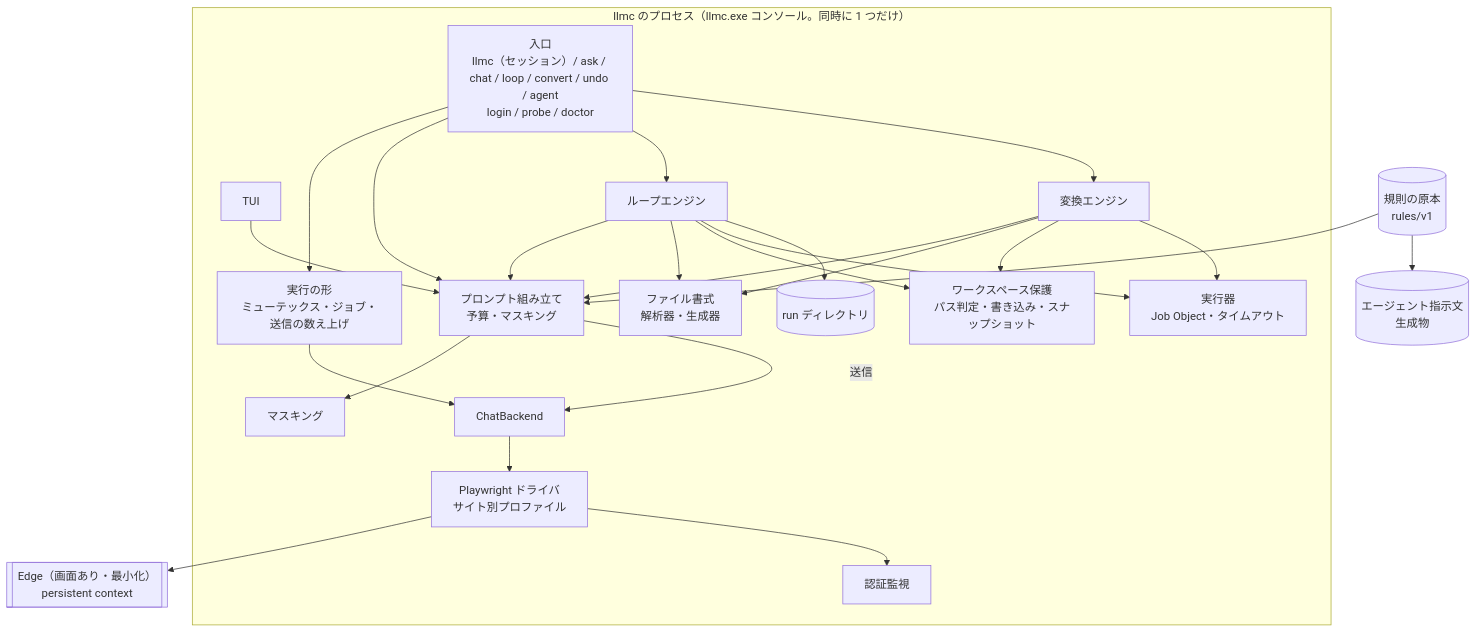
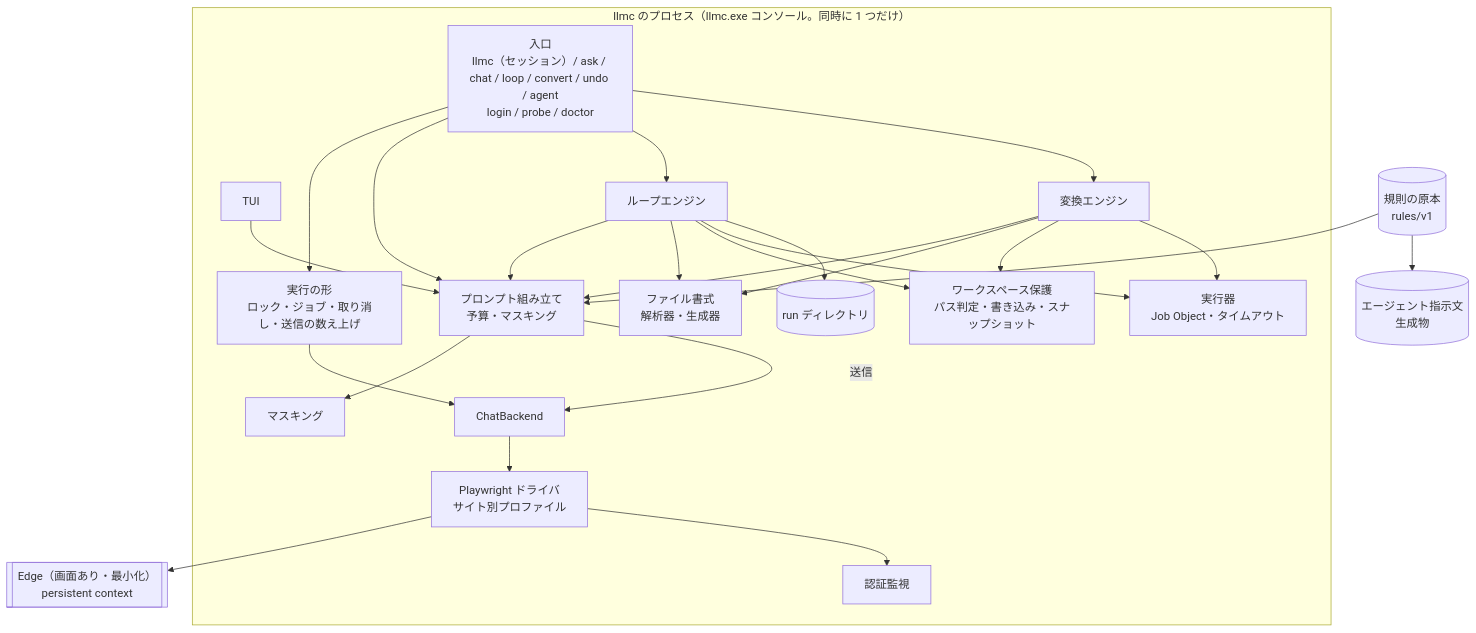
The first of 3 diagrams in docs/architecture.md (ip-sandbox/llmc), drawn with Mermaid before and after one commit. The commit also changed other lines of this file and 10 other files, not shown here.

````diff
--- a/docs/architecture.md
+++ b/docs/architecture.md
@@ -16,34 +16,34 @@
 ```mermaid
 flowchart TB
   subgraph Proc["llmc のプロセス（llmc.exe コンソール。同時に 1 つだけ）"]
     CLI[入口<br/>llmc（セッション）/ ask / chat / loop / convert / undo / agent<br/>login / probe / doctor]
     TUI[TUI]
-    RT[実行の形<br/>ミューテックス・ジョブ・送信の数え上げ]
+    RT[実行の形<br/>ロック・ジョブ・取り消し・送信の数え上げ]
     PB[プロンプト組み立て<br/>予算・マスキング]
     FP[ファイル書式<br/>解析器・生成器]
     WG[ワークスペース保護<br/>パス判定・書き込み・スナップショット]
     LE[ループエンジン]
     CE[変換エンジン]
     EX[実行器<br/>Job Object・タイムアウト]
     MK[マスキング]
     RS[(run ディレクトリ)]
     BE[ChatBackend]
     PW[Playwright ドライバ<br/>サイト別プロファイル]
     AU[認証監視]
   end
   BR[[Edge（画面あり・最小化）<br/>persistent context]]
   RULES[(規則の原本<br/>rules/v1)]
   AG[(エージェント指示文<br/>生成物)]
 
   CLI --> RT
   CLI --> PB --> MK
   TUI --> PB
   CLI --> LE & CE
   LE --> PB & FP & WG & EX & RS
   CE --> PB & FP & WG & EX
   PB -->|送信| BE --> PW --> BR
   RT --> BE
   PW --> AU
   RULES --> PB
   RULES --> AG
 ```
````
